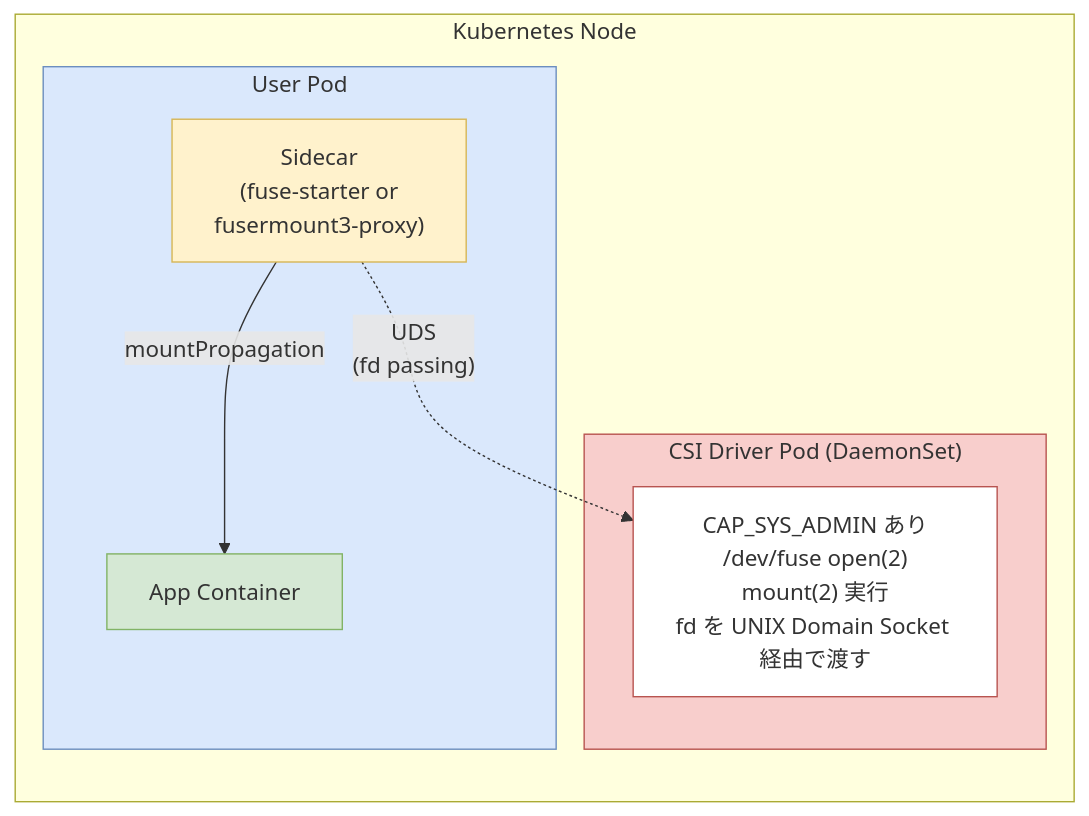
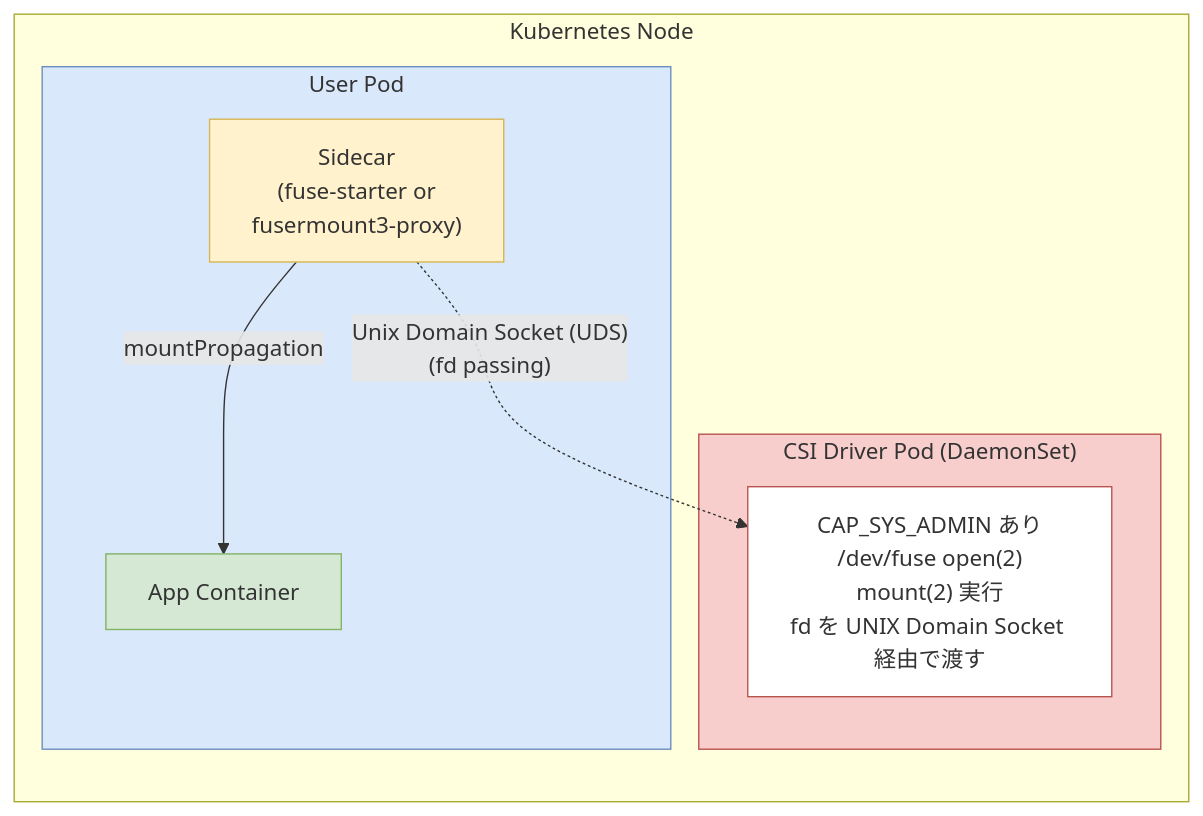
The first of 2 diagrams in docs/technical-report.md (tak-55/fuse_k8s), drawn with Mermaid before and after one commit. The commit also changed 5 other files, not shown here.

````diff
--- a/docs/technical-report.md
+++ b/docs/technical-report.md
@@ -9,20 +9,20 @@
 ```mermaid
 graph LR
     subgraph Node["Kubernetes Node"]
         subgraph CSIPod["CSI Driver Pod (DaemonSet)"]
             CSI["CAP_SYS_ADMIN あり<br/>/dev/fuse open(2)<br/>mount(2) 実行<br/>fd を UNIX Domain Socket 経由で渡す"]
         end
         subgraph UserPod["User Pod"]
             Sidecar["Sidecar<br/>(fuse-starter or<br/>fusermount3-proxy)"]
             App["App Container"]
             Sidecar -- "mountPropagation" --> App
         end
-        Sidecar -. "UDS<br/>(fd passing)" .-> CSI
+        Sidecar -. "Unix Domain Socket (UDS)<br/>(fd passing)" .-> CSI
     end
 
     style CSIPod fill:#f8cecc,stroke:#b85450
     style UserPod fill:#dae8fc,stroke:#6c8ebf
     style CSI fill:#fff,stroke:#b85450
     style Sidecar fill:#fff2cc,stroke:#d6b656
     style App fill:#d5e8d4,stroke:#82b366
 ```
````
